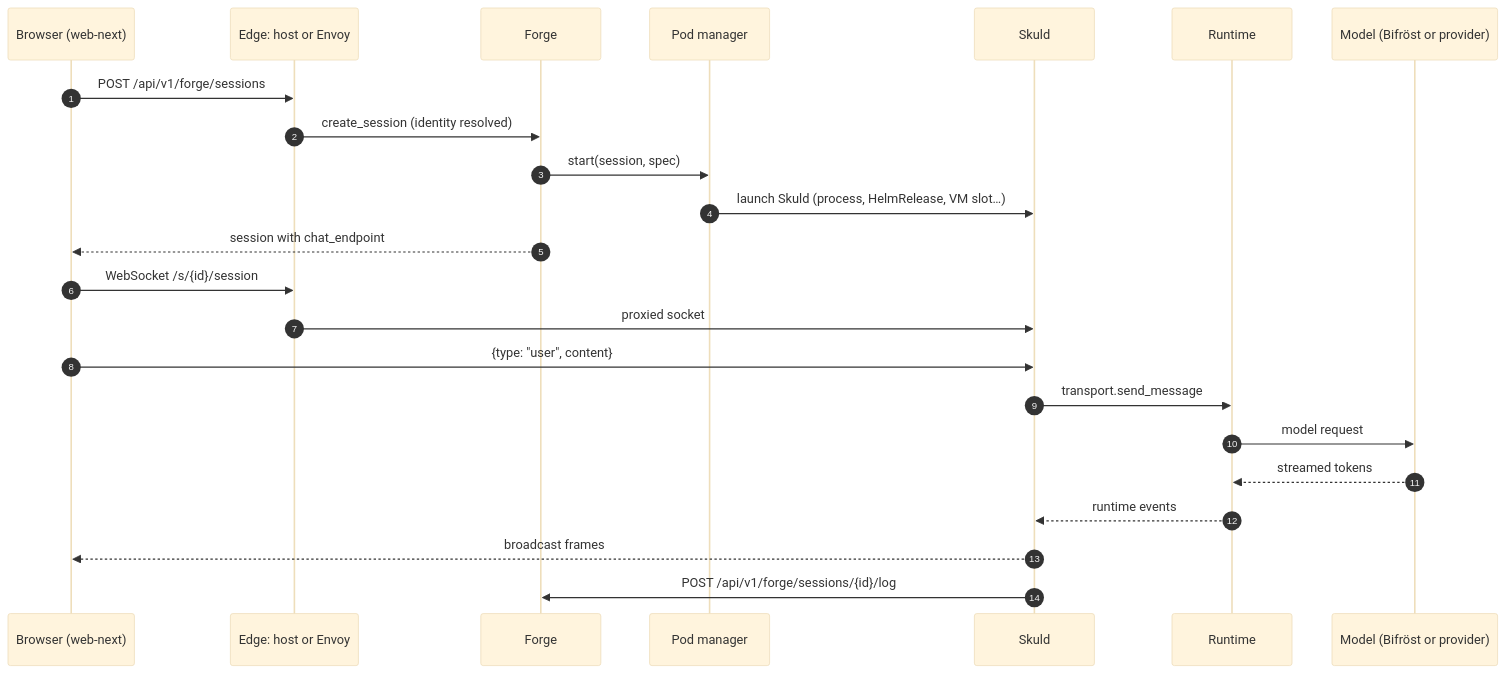
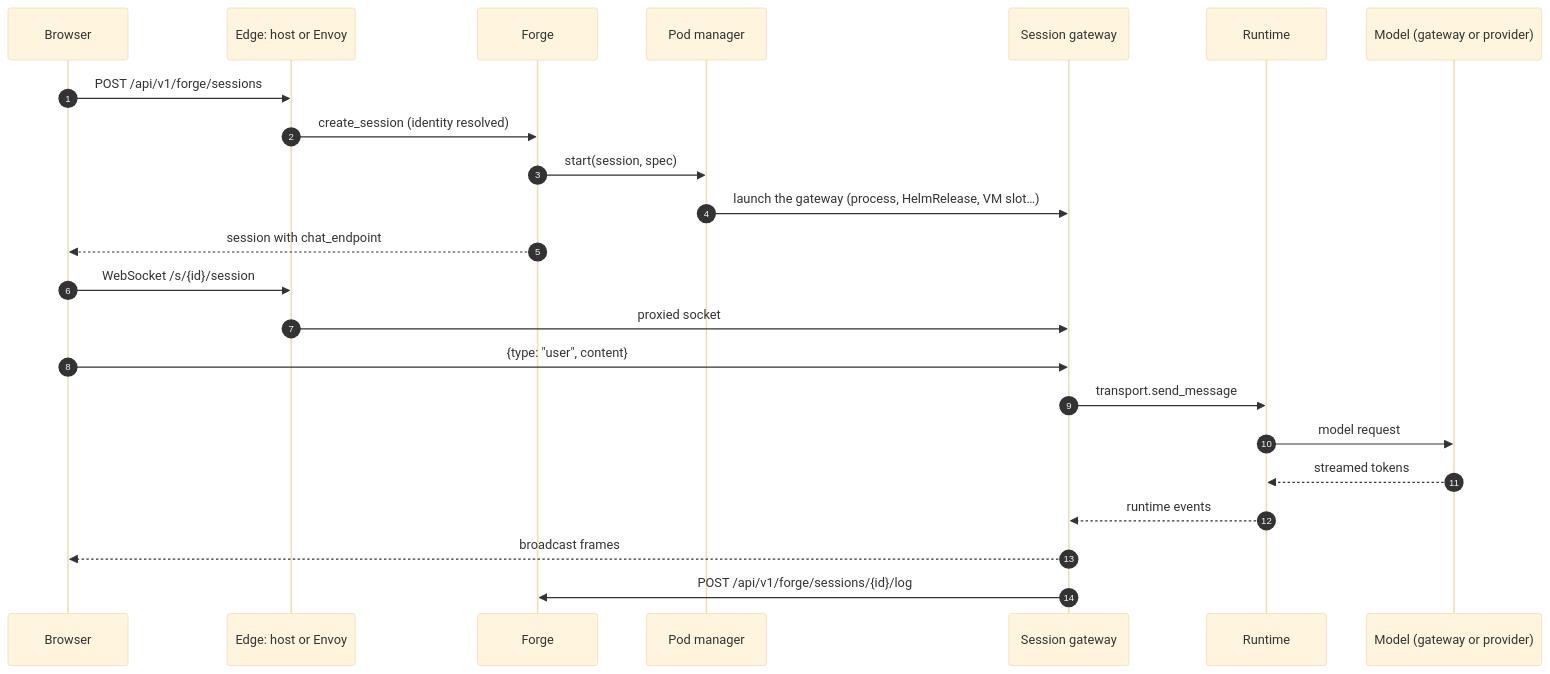
One commit to niuulabs/niuu changed the diagram in docs/site/architecture/stack/request-flow.md. Above: the diagram before and after it, drawn with Mermaid (base theme). The commit also changed other lines of this file and 65 other files, not shown here.

````diff
--- a/docs/site/architecture/stack/request-flow.md
+++ b/docs/site/architecture/stack/request-flow.md
@@ -21,25 +21,25 @@
 ```mermaid
 sequenceDiagram
     autonumber
-    participant B as Browser (web-next)
+    participant B as Browser
     participant E as Edge: host or Envoy
     participant F as Forge
     participant P as Pod manager
-    participant S as Skuld
+    participant S as Session gateway
     participant R as Runtime
-    participant M as Model (Bifröst or provider)
+    participant M as Model (gateway or provider)
     B->>E: POST /api/v1/forge/sessions
     E->>F: create_session (identity resolved)
     F->>P: start(session, spec)
-    P->>S: launch Skuld (process, HelmRelease, VM slot…)
+    P->>S: launch the gateway (process, HelmRelease, VM slot…)
     F-->>B: session with chat_endpoint
     B->>E: WebSocket /s/{id}/session
     E->>S: proxied socket
     B->>S: {type: "user", content}
     S->>R: transport.send_message
     R->>M: model request
     M-->>R: streamed tokens
     R-->>S: runtime events
     S-->>B: broadcast frames
     S->>F: POST /api/v1/forge/sessions/{id}/log
 ```
````
